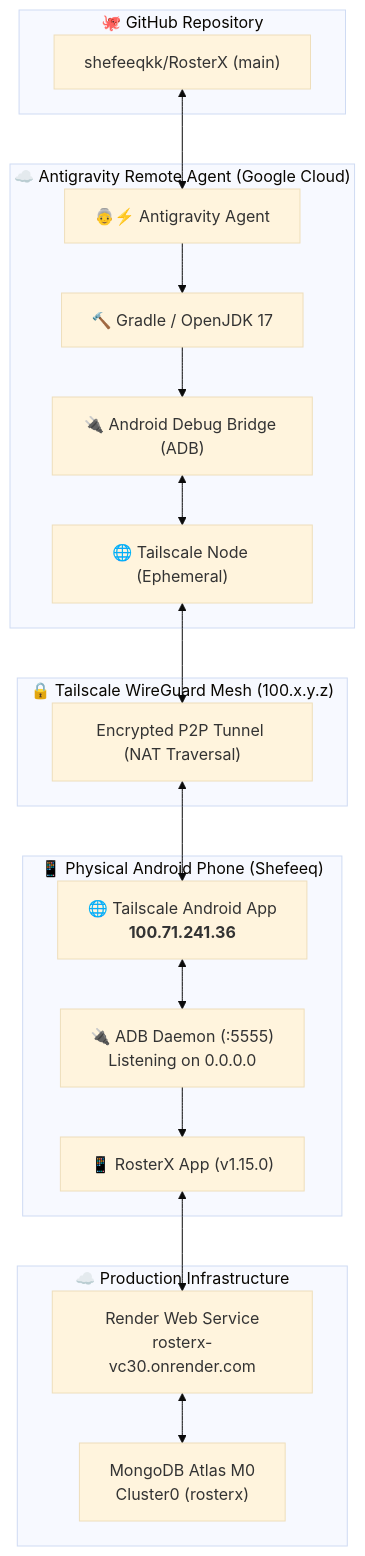
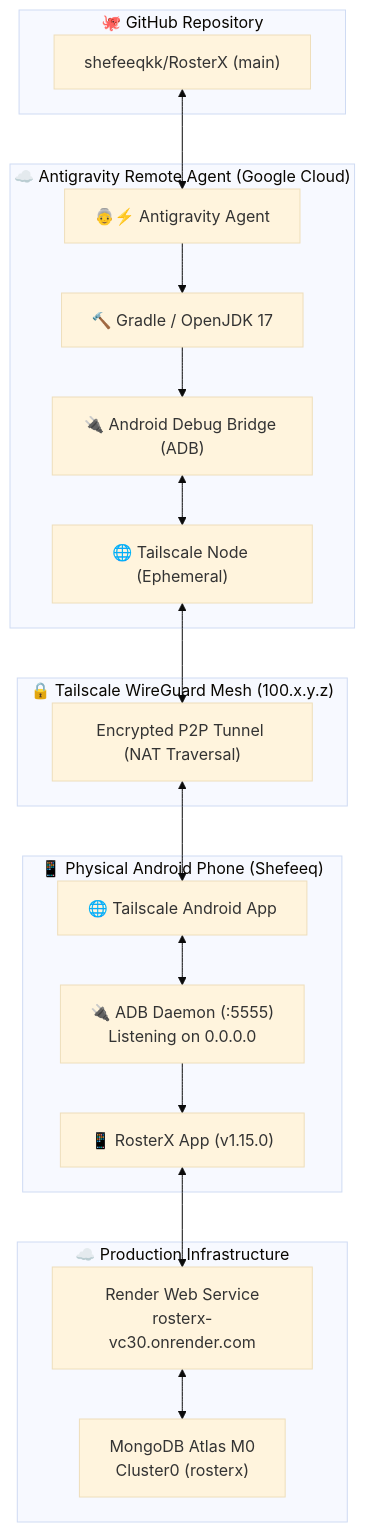
One commit to shefeeqkk/RosterX changed the diagram in REMOTE_AGENT_GUIDE.md. Above: the diagram before and after it, drawn with Mermaid (base theme). The commit also changed other lines of this file and 14 other files, not shown here.

````diff
--- a/REMOTE_AGENT_GUIDE.md
+++ b/REMOTE_AGENT_GUIDE.md
@@ -14,33 +14,33 @@
 ```mermaid
 flowchart TD
     subgraph GoogleCloud["☁️ Antigravity Remote Agent (Google Cloud)"]
         Agent["👵⚡ Antigravity Agent"]
         Gradle["🔨 Gradle / OpenJDK 17"]
         RemoteADB["🔌 Android Debug Bridge (ADB)"]
         TSTun["🌐 Tailscale Node (Ephemeral)"]
     end
 
     subgraph GitHubRepo["🐙 GitHub Repository"]
         GH["shefeeqkk/RosterX (main)"]
     end
 
     subgraph Tailnet["🔒 Tailscale WireGuard Mesh (100.x.y.z)"]
         Tunnel["Encrypted P2P Tunnel (NAT Traversal)"]
     end
 
     subgraph AndroidDevice["📱 Physical Android Phone (Shefeeq)"]
-        TSApp["🌐 Tailscale Android App<br/><b>100.71.241.36</b>"]
+        TSApp["🌐 Tailscale Android App<br/><b><YOUR_TAILSCALE_PHONE_IP></b>"]
         ADBDaemon["🔌 ADB Daemon (:5555)<br/>Listening on 0.0.0.0"]
         App["📱 RosterX App (v1.15.0)"]
     end
 
     subgraph BackendCloud["☁️ Production Infrastructure"]
         Render["Render Web Service<br/>rosterx-vc30.onrender.com"]
         Atlas["MongoDB Atlas M0<br/>Cluster0 (rosterx)"]
     end
 
     GH <--> Agent
     Agent --> Gradle --> RemoteADB
     RemoteADB <--> TSTun <--> Tunnel <--> TSApp <--> ADBDaemon --> App
     App <--> Render <--> Atlas
 ```
````
